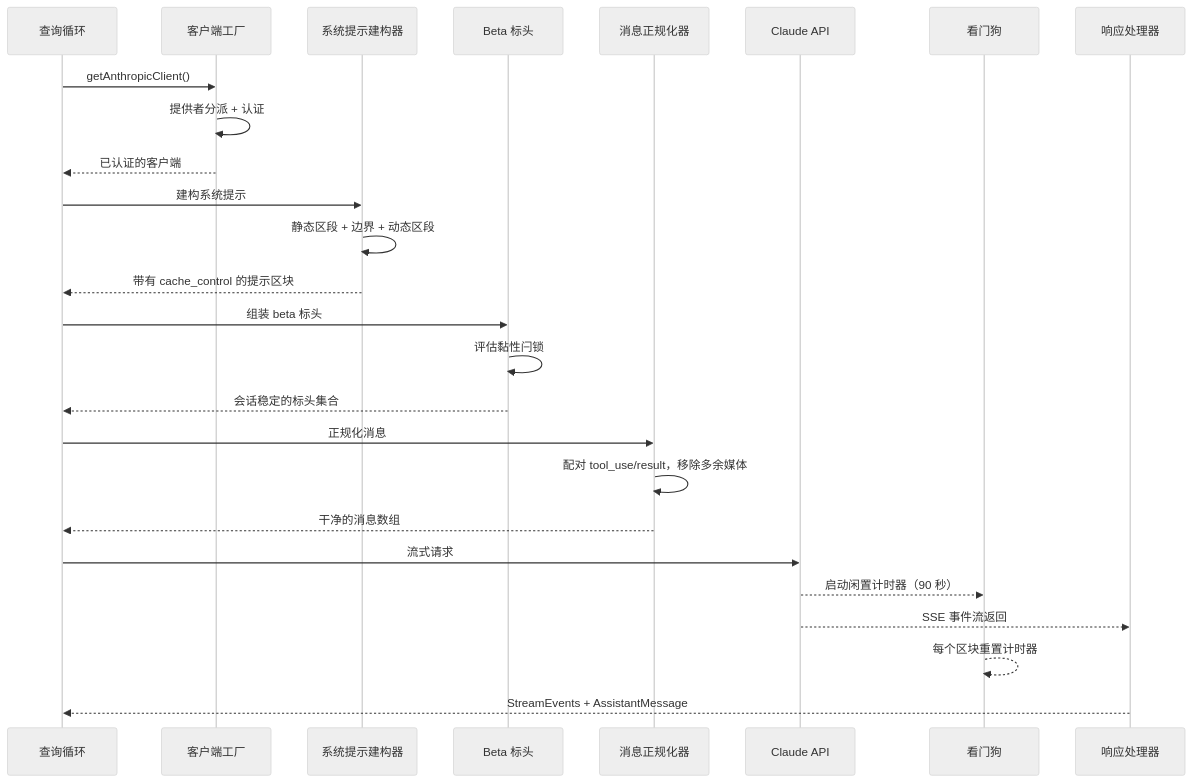
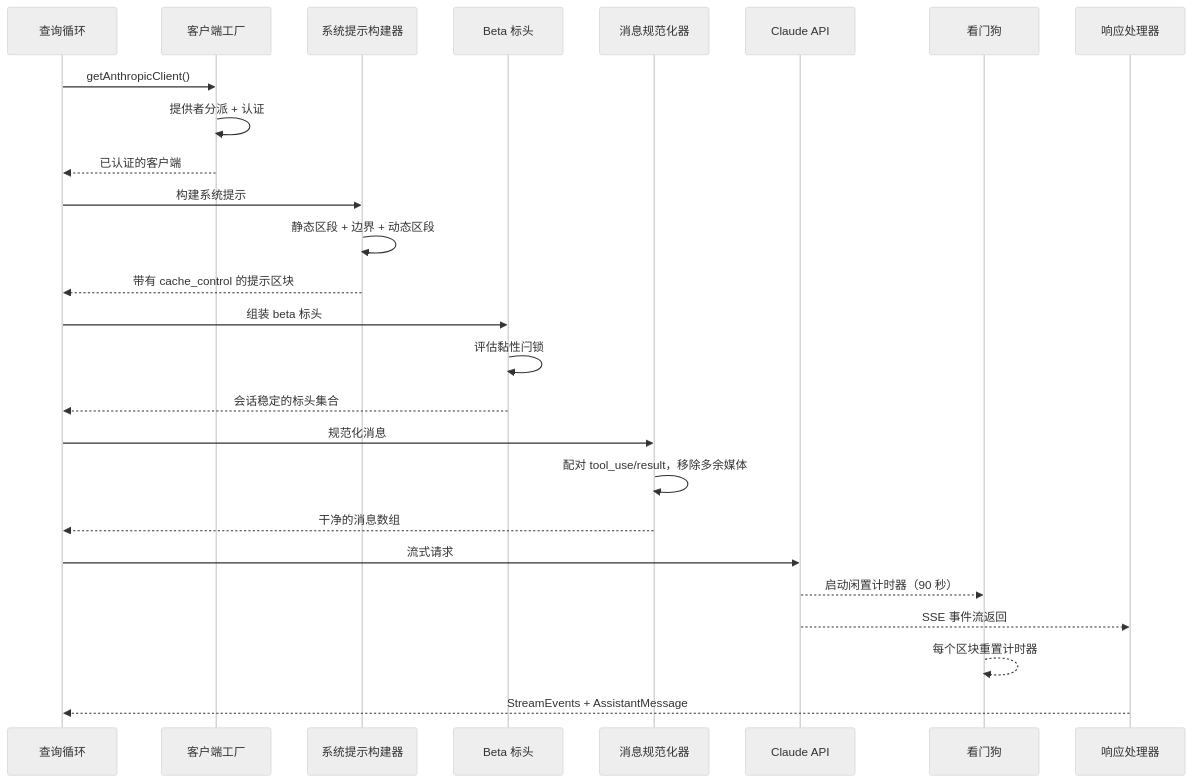
Before and after one commit to Gracker/claude-code-from-source-zh-cn: the first of 3 diagrams in book/ch04-api-layer.md, drawn with Mermaid (neutral theme). The commit also changed other lines of this file and 16 other files, not shown here.

````diff
--- a/book/ch04-api-layer.md
+++ b/book/ch04-api-layer.md
@@ -9,33 +9,33 @@
 ```mermaid
 sequenceDiagram
     participant QL as 查询循环
     participant CF as 客户端工厂
-    participant SP as 系统提示建构器
+    participant SP as 系统提示构建器
     participant BH as Beta 标头
-    participant MN as 消息正规化器
+    participant MN as 消息规范化器
     participant API as Claude API
     participant WD as 看门狗
     participant RP as 响应处理器
 
     QL->>CF: getAnthropicClient()
     CF->>CF: 提供者分派 + 认证
     CF-->>QL: 已认证的客户端
 
-    QL->>SP: 建构系统提示
+    QL->>SP: 构建系统提示
     SP->>SP: 静态区段 + 边界 + 动态区段
     SP-->>QL: 带有 cache_control 的提示区块
 
     QL->>BH: 组装 beta 标头
     BH->>BH: 评估黏性闩锁
     BH-->>QL: 会话稳定的标头集合
 
-    QL->>MN: 正规化消息
+    QL->>MN: 规范化消息
     MN->>MN: 配对 tool_use/result，移除多余媒体
     MN-->>QL: 干净的消息数组
 
     QL->>API: 流式请求
     API-->>WD: 启动闲置计时器（90 秒）
     API-->>RP: SSE 事件流返回
     WD-->>WD: 每个区块重置计时器
     RP-->>QL: StreamEvents + AssistantMessage
 ```
````
